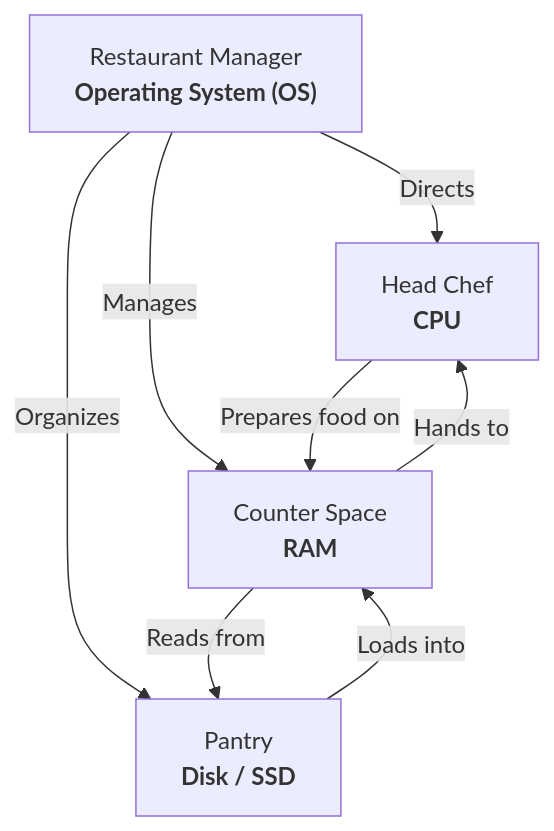
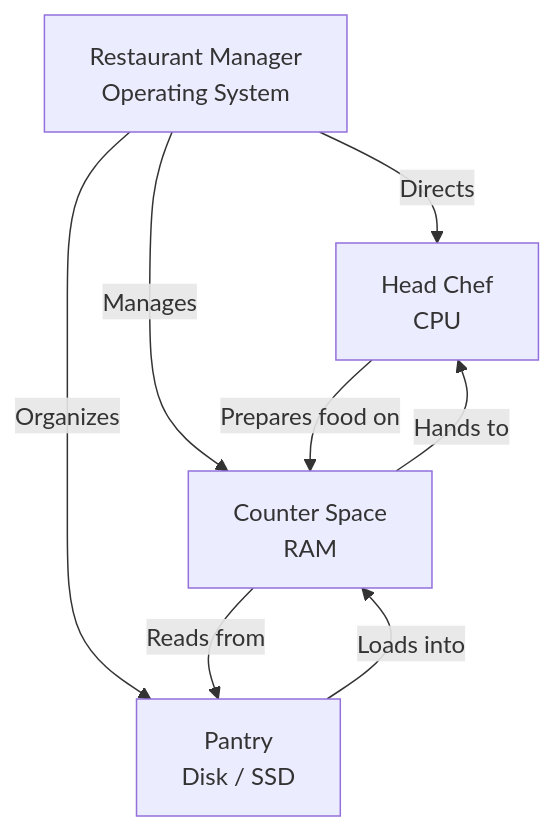
The diagram in src/content/docs/prerequisites/zero-to-terminal/module-0.1-what-is-a-computer.md (kube-dojo/kube-dojo), drawn with Mermaid before and after one commit.

Commit message:
fix(ztt): mermaid 11.x rejects <b> HTML in node labels
Removing the <b>...</b> wrappers — they triggered "Syntax error in
text — mermaid version 11.14.0" under default securityLevel='loose'.
Bold emphasis was non-essential here; the labels still pair the
analogy ("Head Chef") with the concept ("CPU") via the line break.

````diff
--- a/src/content/docs/prerequisites/zero-to-terminal/module-0.1-what-is-a-computer.md
+++ b/src/content/docs/prerequisites/zero-to-terminal/module-0.1-what-is-a-computer.md
@@ -43,11 +43,11 @@
 ```mermaid
 graph TD
-    Manager["Restaurant Manager<br/><b>Operating System (OS)</b>"] -->|Directs| Chef
+    Manager["Restaurant Manager<br/>Operating System"] -->|Directs| Chef
     Manager -->|Manages| Counter
     Manager -->|Organizes| Pantry
 
-    Chef["Head Chef<br/><b>CPU</b>"] -->|Prepares food on| Counter["Counter Space<br/><b>RAM</b>"]
-    Counter -->|Reads from| Pantry["Pantry<br/><b>Disk / SSD</b>"]
+    Chef["Head Chef<br/>CPU"] -->|Prepares food on| Counter["Counter Space<br/>RAM"]
+    Counter -->|Reads from| Pantry["Pantry<br/>Disk / SSD"]
     Pantry -->|Loads into| Counter
     Counter -->|Hands to| Chef
 ```
````
